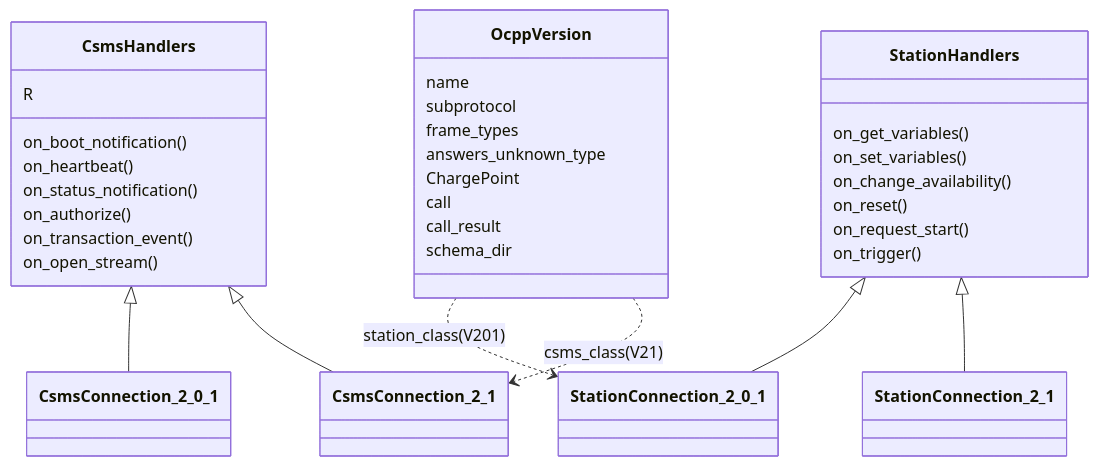
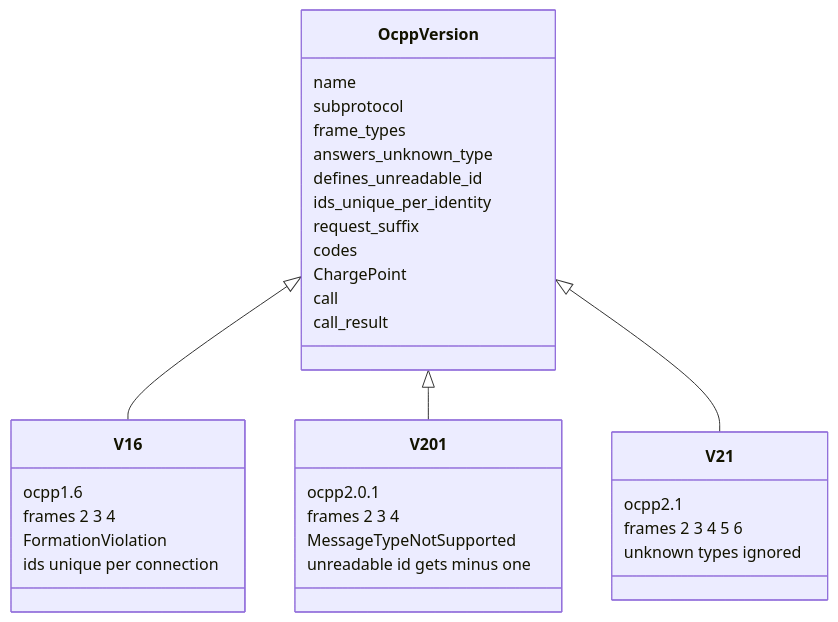
The third of 9 diagrams in docs/architecture.md (YAxelY/ocpp-playground), drawn with Mermaid before and after one commit. The commit also changed other lines of this file and 37 other files, not shown here.

First line of the commit message:
Add OCPP 1.6, picture-based dashboard and 3-version schema comparison

````diff
--- a/docs/architecture.md
+++ b/docs/architecture.md
@@ -132,36 +86,36 @@
 ```mermaid
 classDiagram
     class OcppVersion {
         name
         subprotocol
         frame_types
         answers_unknown_type
+        defines_unreadable_id
+        ids_unique_per_identity
+        request_suffix
+        codes
         ChargePoint
         call
         call_result
-        schema_dir
     }
-    class CsmsHandlers {
-        R
-        on_boot_notification()
-        on_heartbeat()
-        on_status_notification()
-        on_authorize()
-        on_transaction_event()
-        on_open_stream()
+    class V16 {
+        ocpp1.6
+        frames 2 3 4
+        FormationViolation
+        ids unique per connection
     }
-    class StationHandlers {
-        on_get_variables()
-        on_set_variables()
-        on_change_availability()
-        on_reset()
-        on_request_start()
-        on_trigger()
+    class V201 {
+        ocpp2.0.1
+        frames 2 3 4
+        MessageTypeNotSupported
+        unreadable id gets minus one
     }
-    CsmsHandlers <|-- CsmsConnection_2_1
-    CsmsHandlers <|-- CsmsConnection_2_0_1
-    StationHandlers <|-- StationConnection_2_1
-    StationHandlers <|-- StationConnection_2_0_1
-    OcppVersion ..> CsmsConnection_2_1 : csms_class(V21)
-    OcppVersion ..> StationConnection_2_0_1 : station_class(V201)
+    class V21 {
+        ocpp2.1
+        frames 2 3 4 5 6
+        unknown types ignored
+    }
+    OcppVersion <|-- V16
+    OcppVersion <|-- V201
+    OcppVersion <|-- V21
 ```
````
